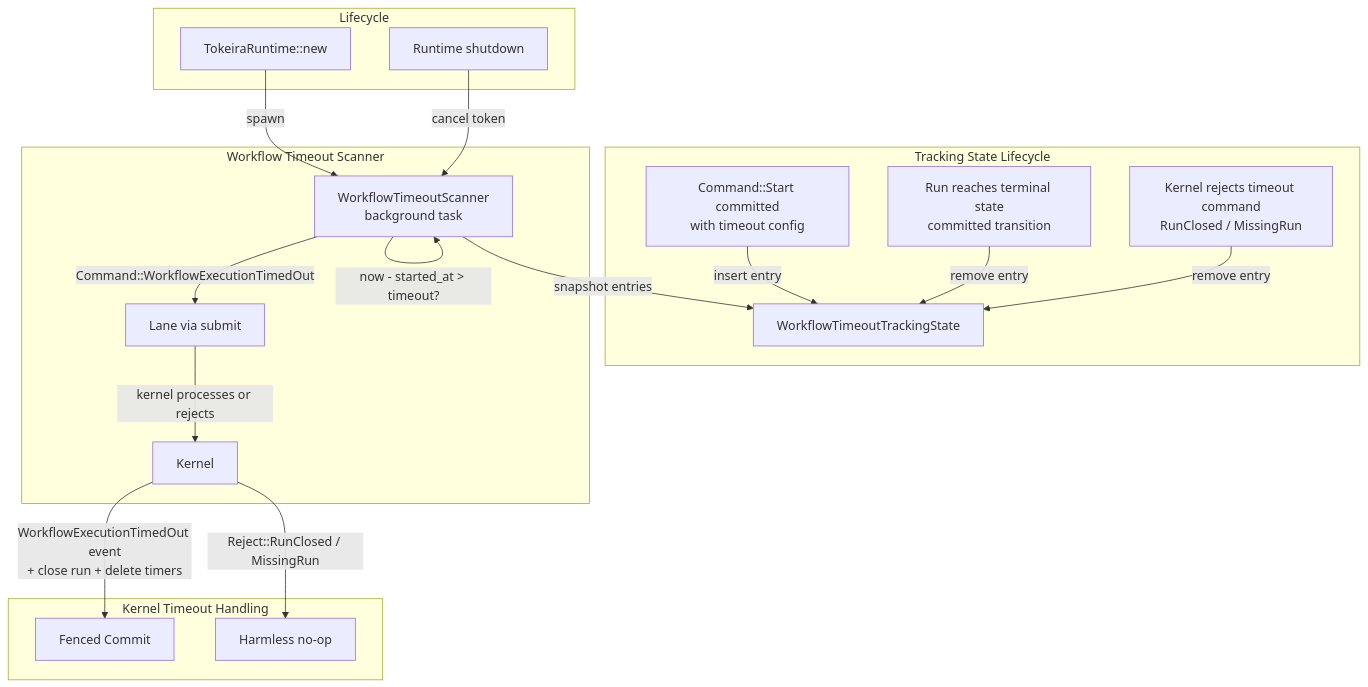
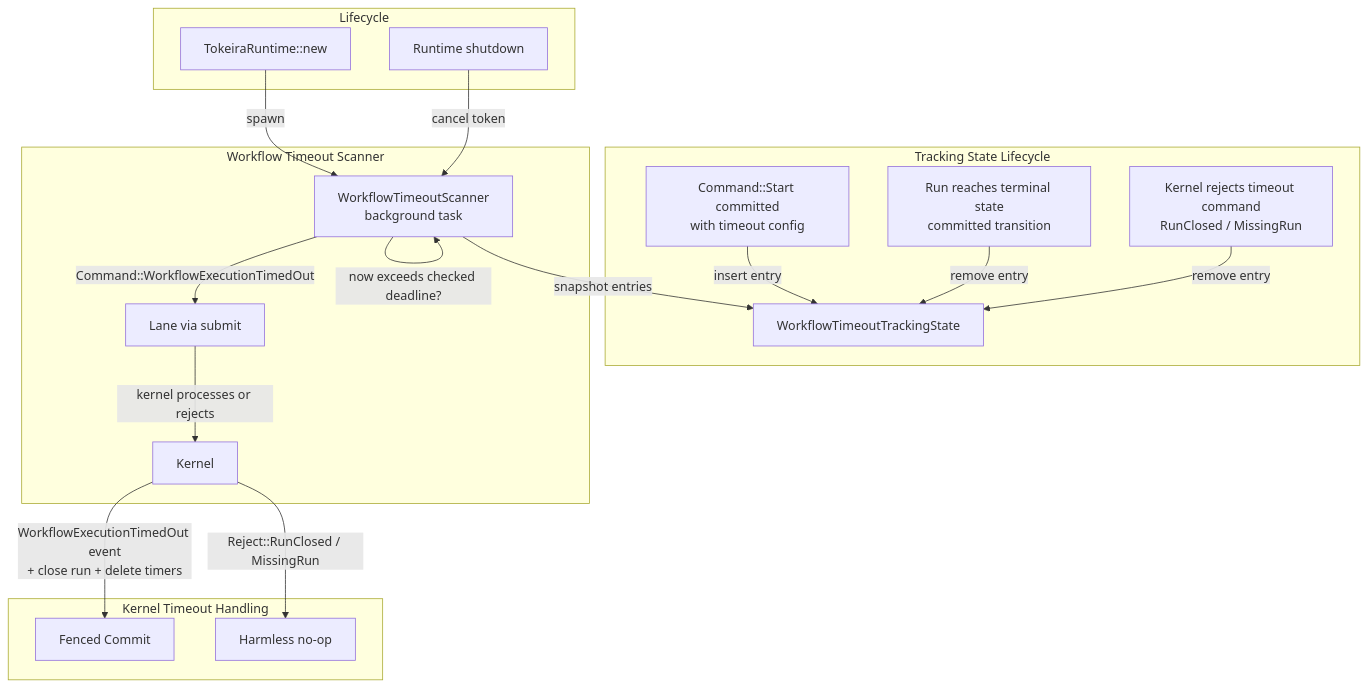
One commit to tokeira/tokeira changed the diagram in .kiro/specs/runtime-workflow-timeouts/design.md. Above: the diagram before and after it, drawn with Mermaid. The commit also changed other lines of this file and 55 other files, not shown here.

````diff
--- a/.kiro/specs/runtime-workflow-timeouts/design.md
+++ b/.kiro/specs/runtime-workflow-timeouts/design.md
@@ -22,25 +22,25 @@
 ```mermaid
 flowchart TD
     subgraph "Tracking State Lifecycle"
         START[Command::Start committed<br/>with timeout config] -->|insert entry| WTS[WorkflowTimeoutTrackingState]
         CLOSE[Run reaches terminal state<br/>committed transition] -->|remove entry| WTS
         REJECT[Kernel rejects timeout command<br/>RunClosed / MissingRun] -->|remove entry| WTS
     end
 
     subgraph "Workflow Timeout Scanner"
         SCANNER[WorkflowTimeoutScanner<br/>background task] -->|snapshot entries| WTS
-        SCANNER -->|now - started_at > timeout?| SCANNER
+        SCANNER -->|now exceeds checked deadline?| SCANNER
         SCANNER -->|Command::WorkflowExecutionTimedOut| LANE[Lane via submit]
         LANE -->|kernel processes or rejects| KERNEL[Kernel]
     end
 
     subgraph "Kernel Timeout Handling"
         KERNEL -->|WorkflowExecutionTimedOut event<br/>+ close run + delete timers| COMMIT[Fenced Commit]
         KERNEL -->|Reject::RunClosed / MissingRun| HARMLESS[Harmless no-op]
     end
 
     subgraph "Lifecycle"
         RUNTIME_NEW[TokeiraRuntime::new] -->|spawn| SCANNER
         RUNTIME_DROP[Runtime shutdown] -->|cancel token| SCANNER
     end
 ```
````
